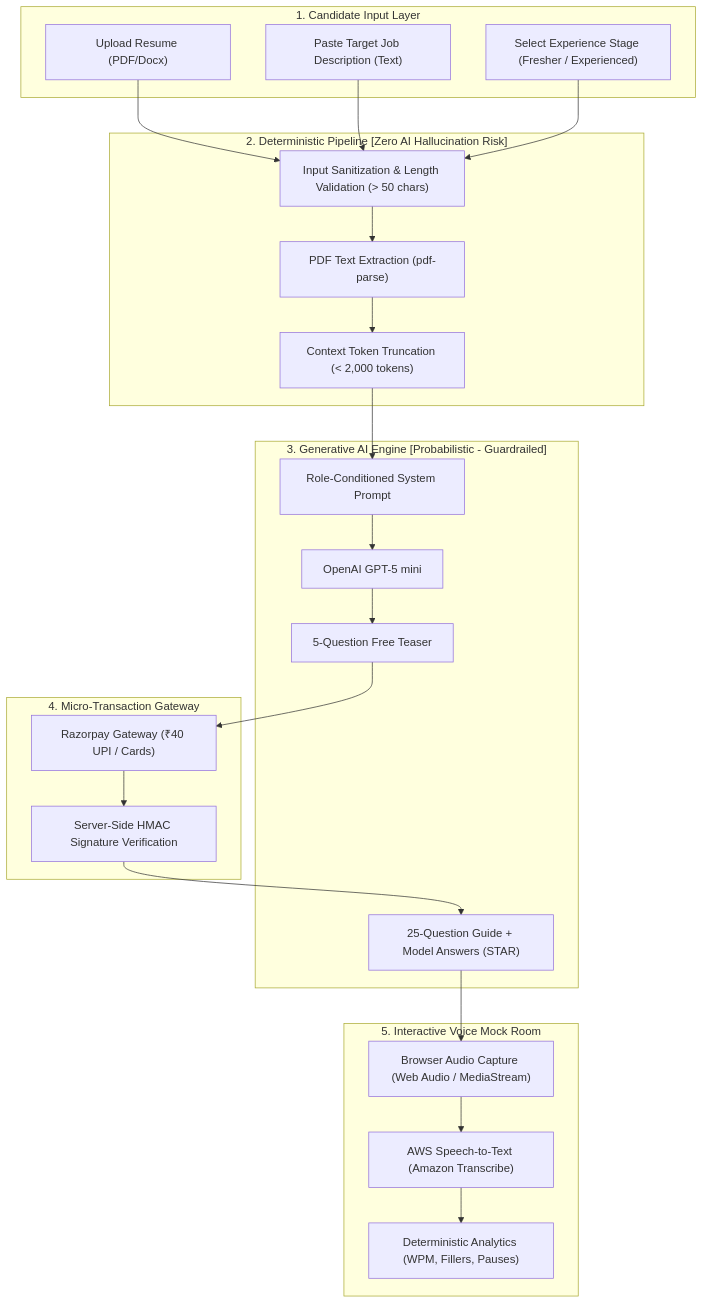
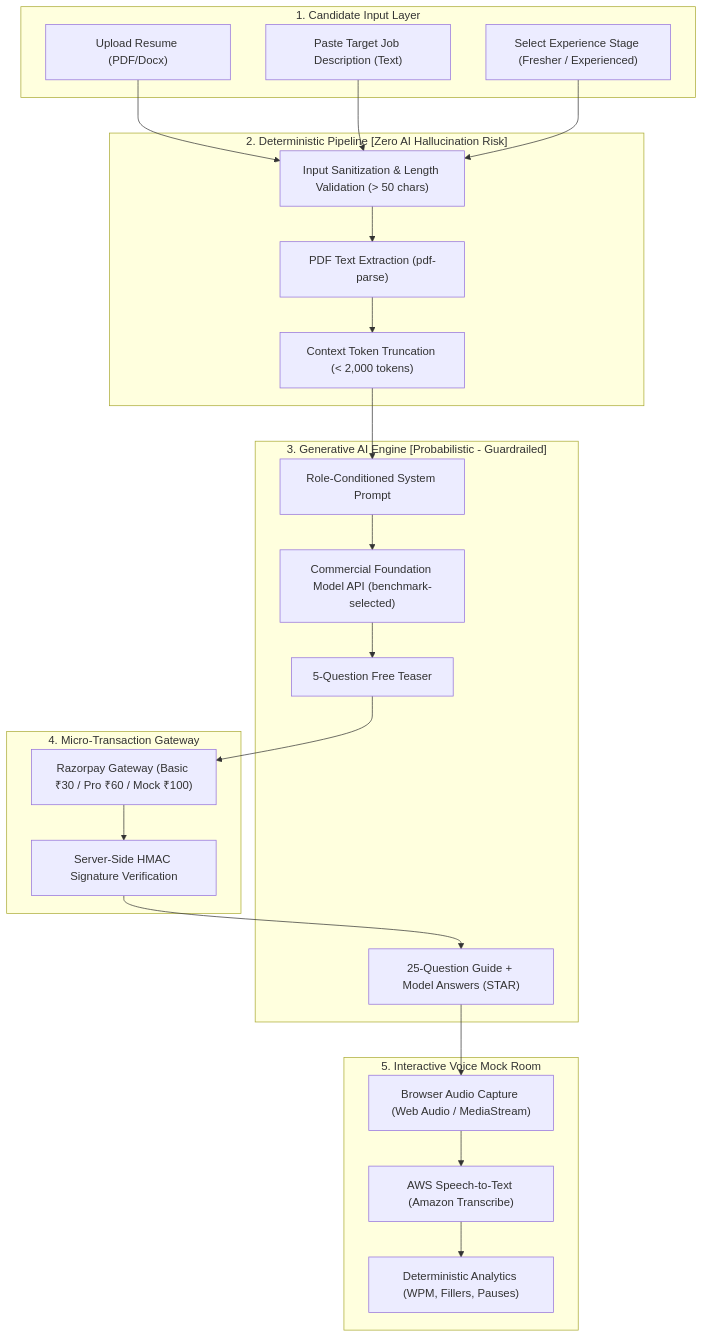
One commit to MAIP2026July/Team_006 changed the diagram in README.md. Above: the diagram before and after it, drawn with Mermaid. The commit also changed other lines of this file and 7 other files, not shown here.

````diff
--- a/README.md
+++ b/README.md
@@ -46,37 +49,37 @@
 ```mermaid
 graph TD
     subgraph Candidate_Inputs["1. Candidate Input Layer"]
         Resume["Upload Resume (PDF/Docx)"]
         JD["Paste Target Job Description (Text)"]
         Stage["Select Experience Stage (Fresher / Experienced)"]
     end
 
     subgraph Deterministic_Processing["2. Deterministic Pipeline [Zero AI Hallucination Risk]"]
         Sanitize["Input Sanitization & Length Validation (> 50 chars)"]
         PDFParser["PDF Text Extraction (pdf-parse)"]
         TokenBudget["Context Token Truncation (< 2,000 tokens)"]
     end
 
     subgraph Probabilistic_AI["3. Generative AI Engine [Probabilistic - Guardrailed]"]
         PromptEngine["Role-Conditioned System Prompt"]
-        LLM["OpenAI GPT-5 mini"]
+        LLM["Commercial Foundation Model API (benchmark-selected)"]
         Questions5["5-Question Free Teaser"]
         PrepGuide25["25-Question Guide + Model Answers (STAR)"]
     end
 
     subgraph Monetization["4. Micro-Transaction Gateway"]
-        Razorpay["Razorpay Gateway (₹40 UPI / Cards)"]
+        Razorpay["Razorpay Gateway (Basic ₹30 / Pro ₹60 / Mock ₹100)"]
         HMAC["Server-Side HMAC Signature Verification"]
     end
 
     subgraph Voice_Simulation["5. Interactive Voice Mock Room"]
         AudioRecord["Browser Audio Capture (Web Audio / MediaStream)"]
         STT["AWS Speech-to-Text (Amazon Transcribe)"]
         SpeechAnalytics["Deterministic Analytics (WPM, Fillers, Pauses)"]
     end
 
     Resume & JD & Stage --> Sanitize --> PDFParser --> TokenBudget
     TokenBudget --> PromptEngine --> LLM --> Questions5
     Questions5 --> Razorpay --> HMAC --> PrepGuide25
     PrepGuide25 --> AudioRecord --> STT --> SpeechAnalytics
 ```
````
